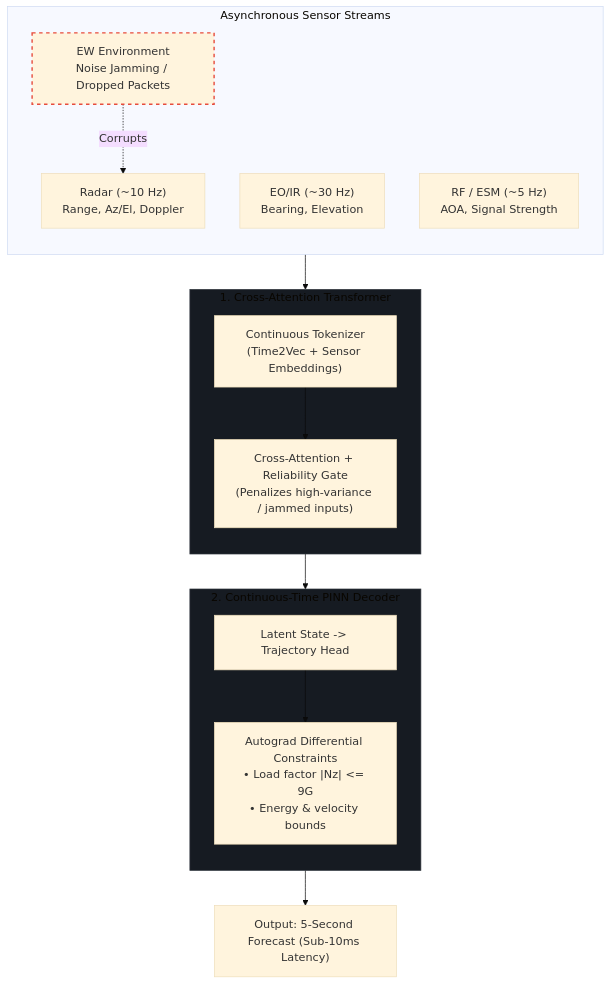
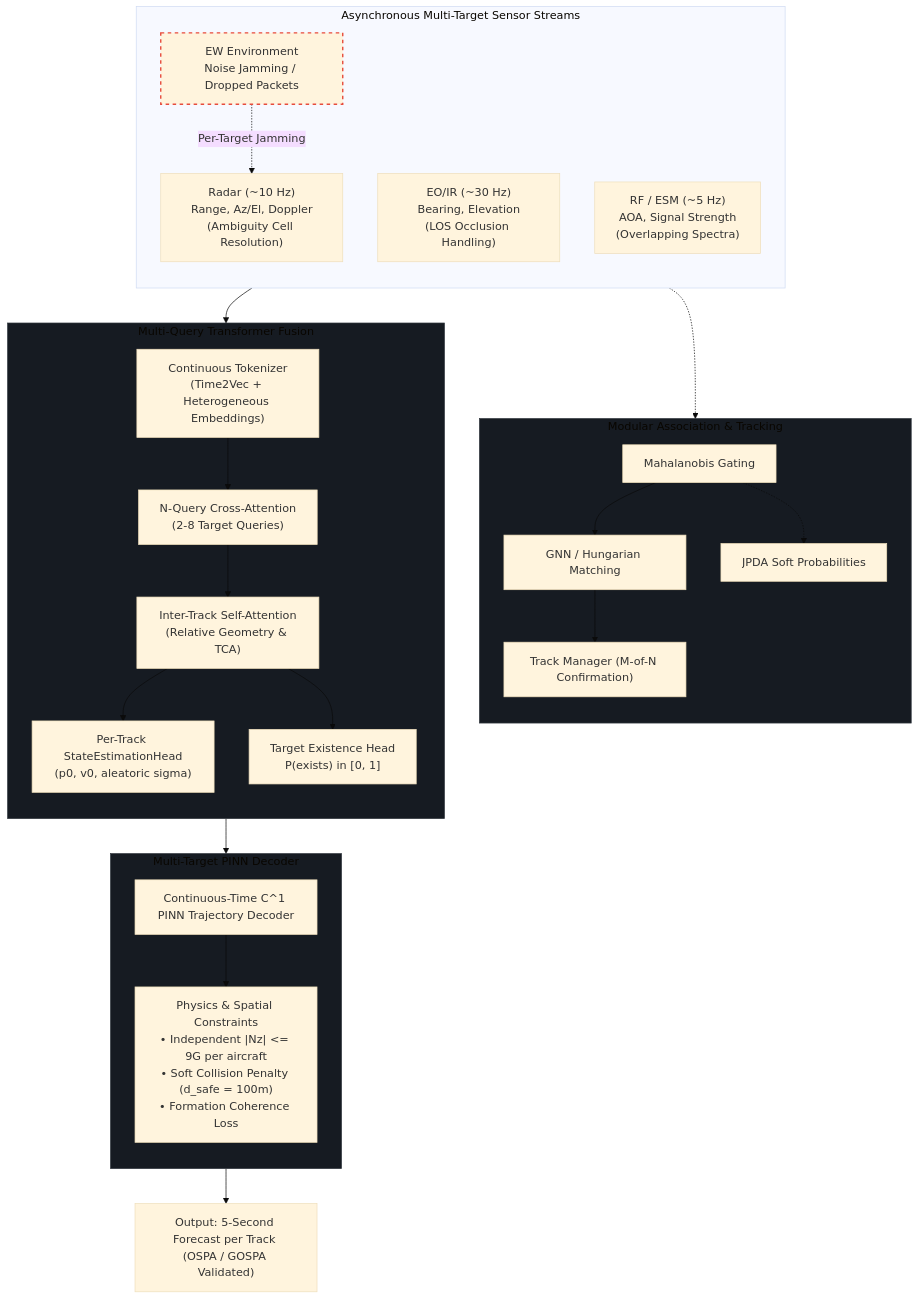
The diagram in README.md (KatenShinMori/eh-threat-prediction-showcase), drawn with Mermaid (base theme) before and after one commit. The commit also changed other lines of this file and 1 other file, not shown here.

Commit message:
feat(tracking): implement multi-target correlation and OSPA metrics

````diff
--- a/README.md
+++ b/README.md
@@ -43,32 +43,47 @@
 ```mermaid
 flowchart TD
-    subgraph Inputs ["Asynchronous Sensor Streams"]
+    subgraph Inputs ["Asynchronous Multi-Target Sensor Streams"]
         direction TB
-        R["Radar (~10 Hz)<br/>Range, Az/El, Doppler"]
-        EO["EO/IR (~30 Hz)<br/>Bearing, Elevation"]
-        ESM["RF / ESM (~5 Hz)<br/>AOA, Signal Strength"]
-        EW["EW Environment<br/>Noise Jamming / Dropped Packets"] -.->|Corrupts| R
+        R["Radar (~10 Hz)<br/>Range, Az/El, Doppler<br/>(Ambiguity Cell Resolution)"]
+        EO["EO/IR (~30 Hz)<br/>Bearing, Elevation<br/>(LOS Occlusion Handling)"]
+        ESM["RF / ESM (~5 Hz)<br/>AOA, Signal Strength<br/>(Overlapping Spectra)"]
+        EW["EW Environment<br/>Noise Jamming / Dropped Packets"] -.->|Per-Target Jamming| R
     end
 
-    subgraph Fusion ["1. Cross-Attention Transformer"]
+    subgraph Assoc ["Modular Association & Tracking"]
         direction TB
-        Tok["Continuous Tokenizer<br/>(Time2Vec + Sensor Embeddings)"]
-        Gate["Cross-Attention + Reliability Gate<br/>(Penalizes high-variance / jammed inputs)"]
-        Tok --> Gate
+        GNN["GNN / Hungarian Matching"]
+        JPDA["JPDA Soft Probabilities"]
+        GateAssoc["Mahalanobis Gating"]
+        TrkMgr["Track Manager (M-of-N Confirmation)"]
     end
 
-    subgraph Predictor ["2. Continuous-Time PINN Decoder"]
+    subgraph Fusion ["Multi-Query Transformer Fusion"]
         direction TB
-        MLP["Latent State -> Trajectory Head"]
-        Phys["Autograd Differential Constraints<br/>• Load factor |Nz| <= 9G<br/>• Energy & velocity bounds"]
-        MLP --> Phys
+        Tok["Continuous Tokenizer<br/>(Time2Vec + Heterogeneous Embeddings)"]
+        MQ["N-Query Cross-Attention<br/>(2-8 Target Queries)"]
+        InterTrack["Inter-Track Self-Attention<br/>(Relative Geometry & TCA)"]
+        HeadState["Per-Track StateEstimationHead<br/>(p0, v0, aleatoric sigma)"]
+        HeadExist["Target Existence Head<br/>P(exists) in [0, 1]"]
+        Tok --> MQ --> InterTrack --> HeadState
+        InterTrack --> HeadExist
+    end
+
+    subgraph Predictor ["Multi-Target PINN Decoder"]
+        direction TB
+        PINN["Continuous-Time C^1 PINN Trajectory Decoder"]
+        Phys["Physics & Spatial Constraints<br/>• Independent |Nz| <= 9G per aircraft<br/>• Soft Collision Penalty (d_safe = 100m)<br/>• Formation Coherence Loss"]
+        PINN --> Phys
     end
 
     Inputs --> Tok
-    Gate --> MLP
-    Phys --> Out["Output: 5-Second Forecast (Sub-10ms Latency)"]
+    Inputs -.-> GateAssoc --> GNN --> TrkMgr
+    GateAssoc -.-> JPDA
+    HeadState --> PINN
+    Phys --> Out["Output: 5-Second Forecast per Track (OSPA / GOSPA Validated)"]
 
     style EW stroke:#e74c3c,stroke-width:2px,stroke-dasharray: 5 5
     style Fusion fill:#161b22,stroke:#30363d
     style Predictor fill:#161b22,stroke:#30363d
+    style Assoc fill:#161b22,stroke:#30363d
 ```
````
